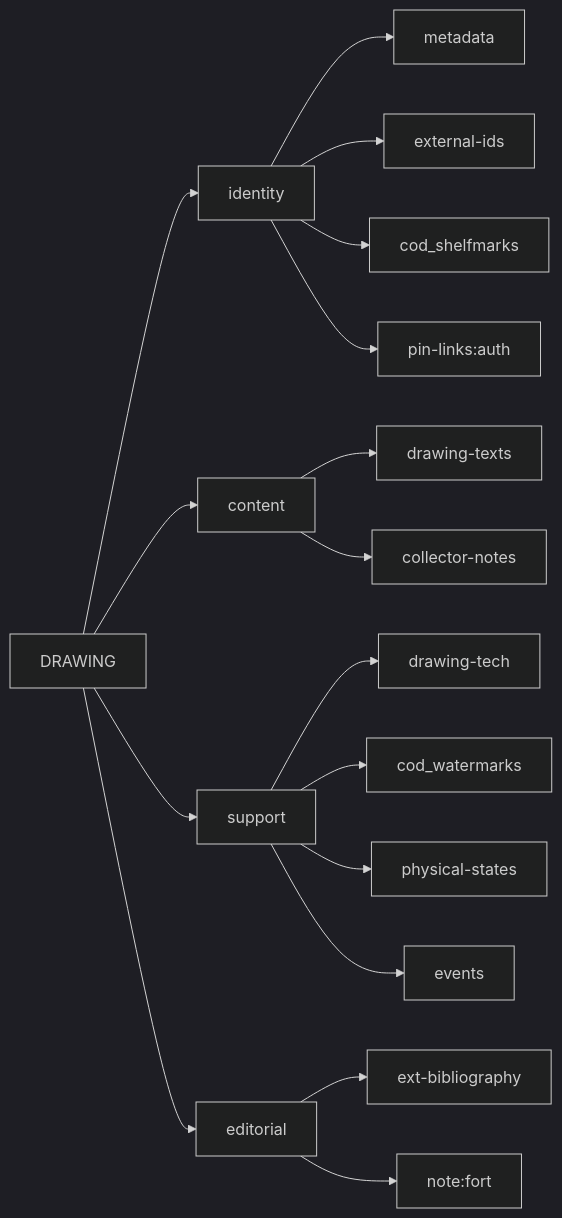
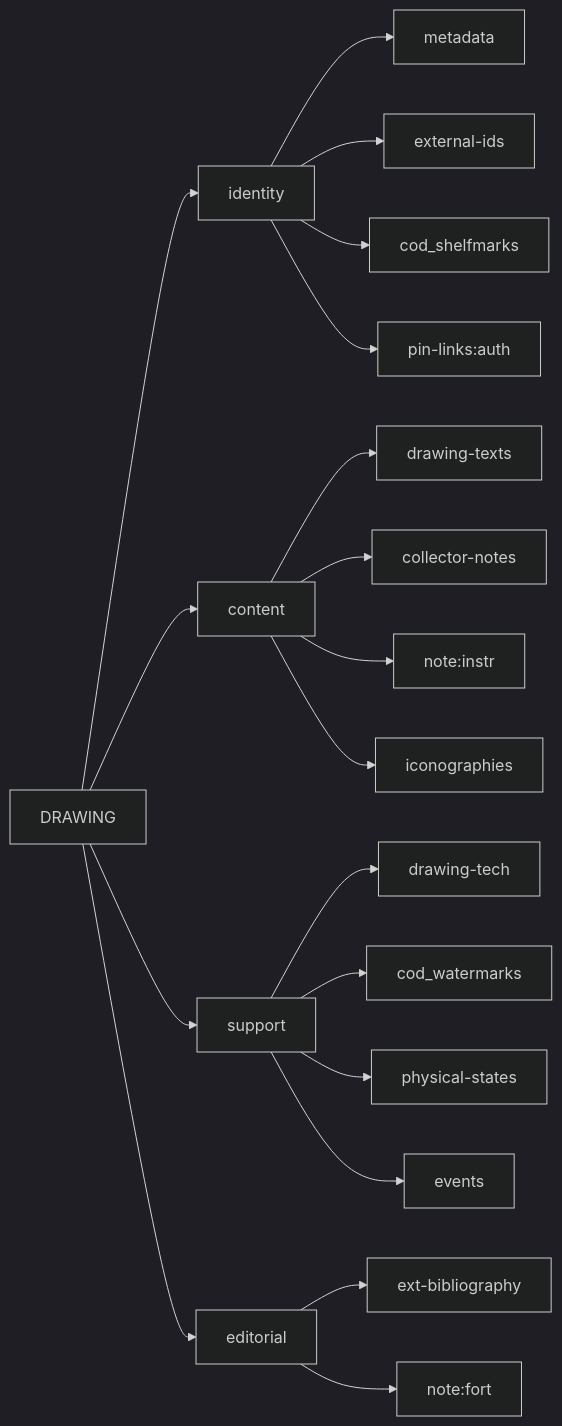
One commit to vedph/cadmus-ndp-drawings changed the second of 2 diagrams in README.md. Above: the diagram before and after it, drawn with Mermaid (dark theme). The commit also changed other lines of this file, not shown here.

````diff
--- a/README.md
+++ b/README.md
@@ -38,20 +38,22 @@
 ```mermaid
 graph LR;
 
 DRAWING --> identity
 identity --> metadata
 identity --> external-ids
 identity --> cod_shelfmarks
 identity --> pin-links:auth
 DRAWING --> content
 content --> drawing-texts
 content --> collector-notes
+content --> note:instr
+content --> iconographies
 DRAWING --> support
 support --> drawing-tech
 support --> cod_watermarks
 support --> physical-states
 support --> events
 DRAWING --> editorial
 editorial --> ext-bibliography
 editorial --> note:fort
 ```
````
